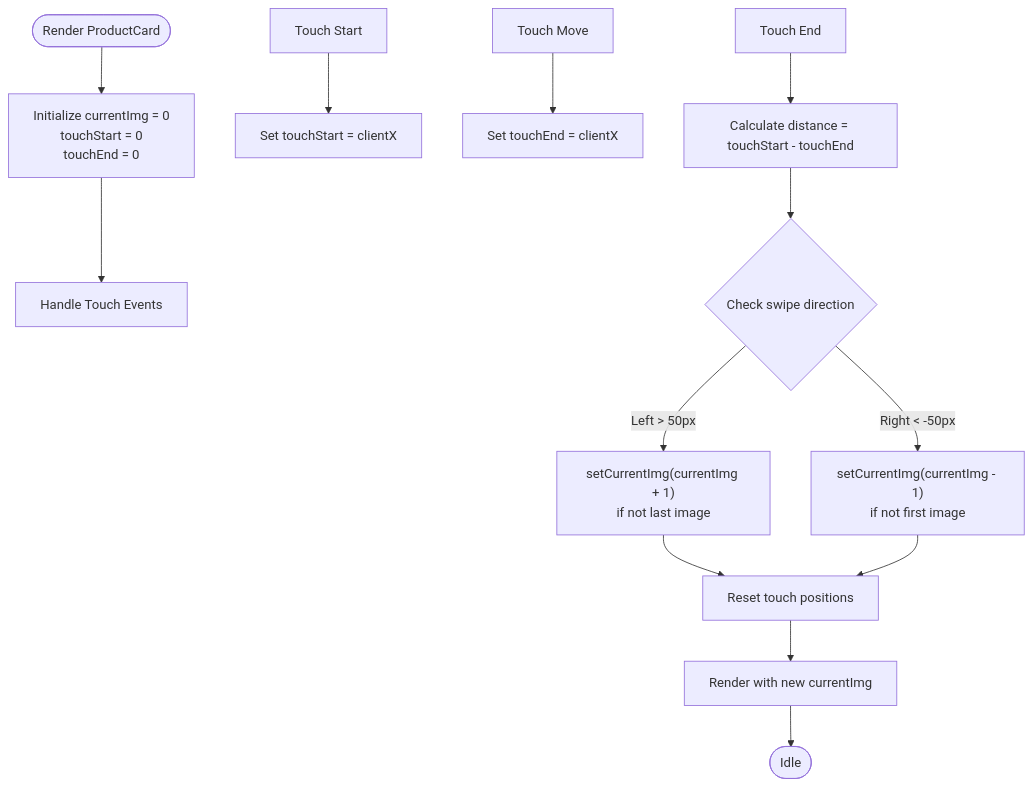
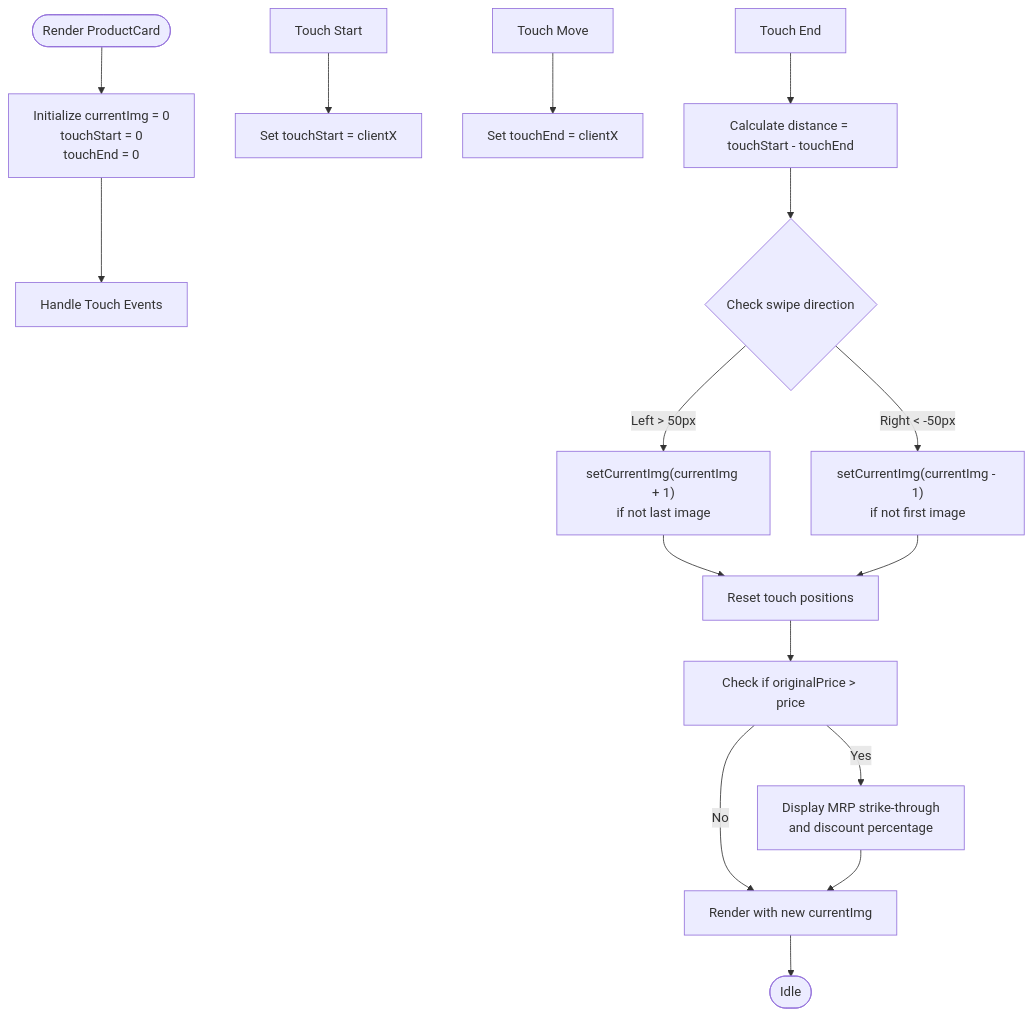
One commit to Pavan-PSPK9032/TrendsandToss changed the third of 9 diagrams in .qoder/repowiki/en/content/Frontend Components & UI/Reusable UI Components.md. Above: the diagram before and after it, drawn with Mermaid. The commit also changed other lines of this file and 24 other files, not shown here.

````diff
--- a/.qoder/repowiki/en/content/Frontend Components & UI/Reusable UI Components.md
+++ b/.qoder/repowiki/en/content/Frontend Components & UI/Reusable UI Components.md
@@ -215,15 +216,18 @@
 ```mermaid
 flowchart TD
 Start(["Render ProductCard"]) --> Init["Initialize currentImg = 0<br/>touchStart = 0<br/>touchEnd = 0"]
 Init --> TouchEvents["Handle Touch Events"]
 TouchStart["Touch Start"] --> SetStart["Set touchStart = clientX"]
 TouchMove["Touch Move"] --> SetEnd["Set touchEnd = clientX"]
 TouchEnd["Touch End"] --> CalcDist["Calculate distance = touchStart - touchEnd"]
 CalcDist --> CheckSwipe{"Check swipe direction"}
 CheckSwipe --> |Left > 50px| NextImg["setCurrentImg(currentImg + 1)<br/>if not last image"]
 CheckSwipe --> |Right < -50px| PrevImg["setCurrentImg(currentImg - 1)<br/>if not first image"]
 NextImg --> Reset["Reset touch positions"]
 PrevImg --> Reset
-Reset --> Render["Render with new currentImg"]
+Reset --> CheckDiscount["Check if originalPrice > price"]
+CheckDiscount --> |Yes| ShowDiscount["Display MRP strike-through<br/>and discount percentage"]
+CheckDiscount --> |No| Render["Render with new currentImg"]
+ShowDiscount --> Render
 Render --> End(["Idle"])
 ```
````
